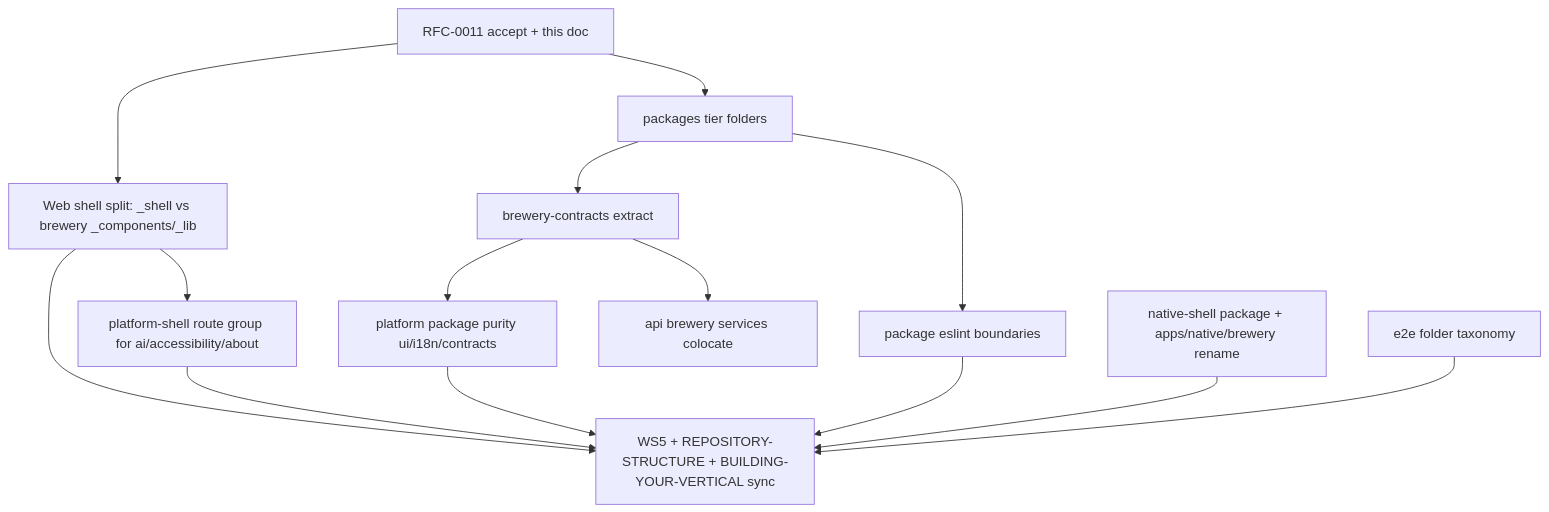
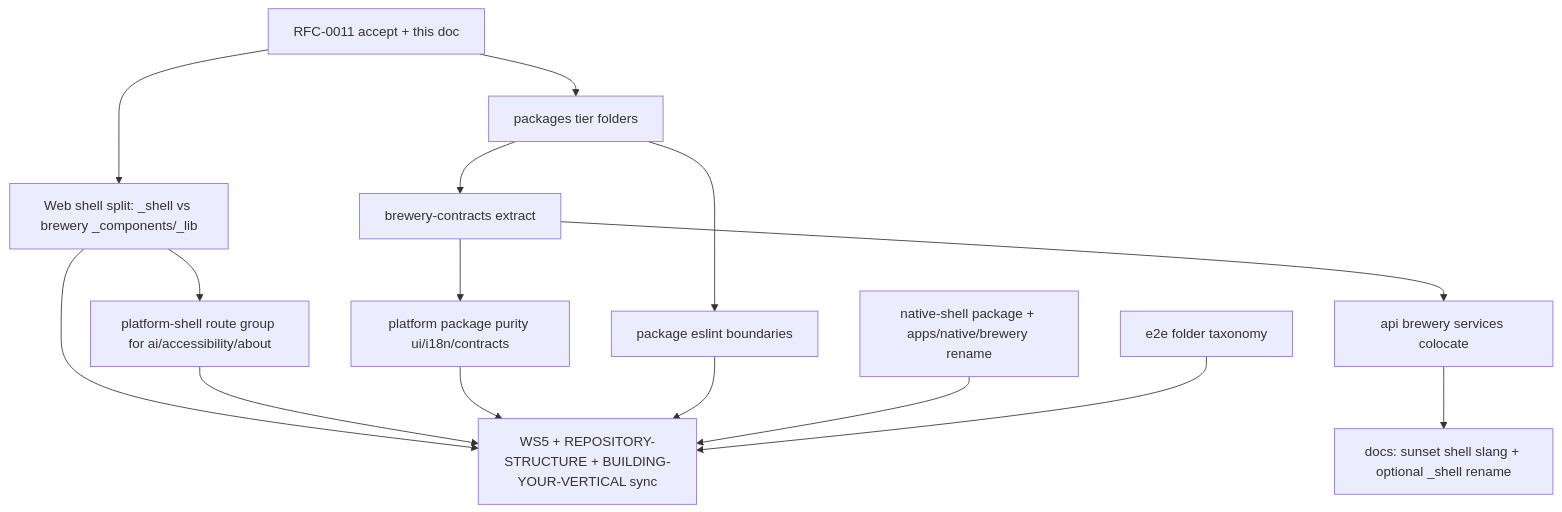
Before and after one commit to umbraculum-dev/umbraculum-dev: the diagram in docs/design/pre-flip-application-surface-backbone.md, drawn with Mermaid. The commit also changed other lines of this file and 1 other file, not shown here.

First line of the commit message:
docs(rfc-0011): sunset operator-shell slang; use conventional IT terms

````diff
--- a/docs/design/pre-flip-application-surface-backbone.md
+++ b/docs/design/pre-flip-application-surface-backbone.md
@@ -366,24 +422,26 @@
 ```mermaid
 flowchart TB
   W0[RFC-0011 accept + this doc]
   W1[Web shell split: _shell vs brewery _components/_lib]
   W2[platform-shell route group for ai/accessibility/about]
   W3a[packages tier folders]
   W3b[brewery-contracts extract]
   W3c[platform package purity ui/i18n/contracts]
   W3d[package eslint boundaries]
   W3e[api brewery services colocate]
+  W3f[docs: sunset shell slang + optional _shell rename]
   W4[native-shell package + apps/native/brewery rename]
   W5[e2e folder taxonomy]
   W6[WS5 + REPOSITORY-STRUCTURE + BUILDING-YOUR-VERTICAL sync]
   W0 --> W1 --> W2
   W0 --> W3a --> W3b --> W3c
   W3a --> W3d
   W3b --> W3e
+  W3e --> W3f
   W1 --> W6
   W2 --> W6
   W3c --> W6
   W3d --> W6
   W4 --> W6
   W5 --> W6
 ```
````
